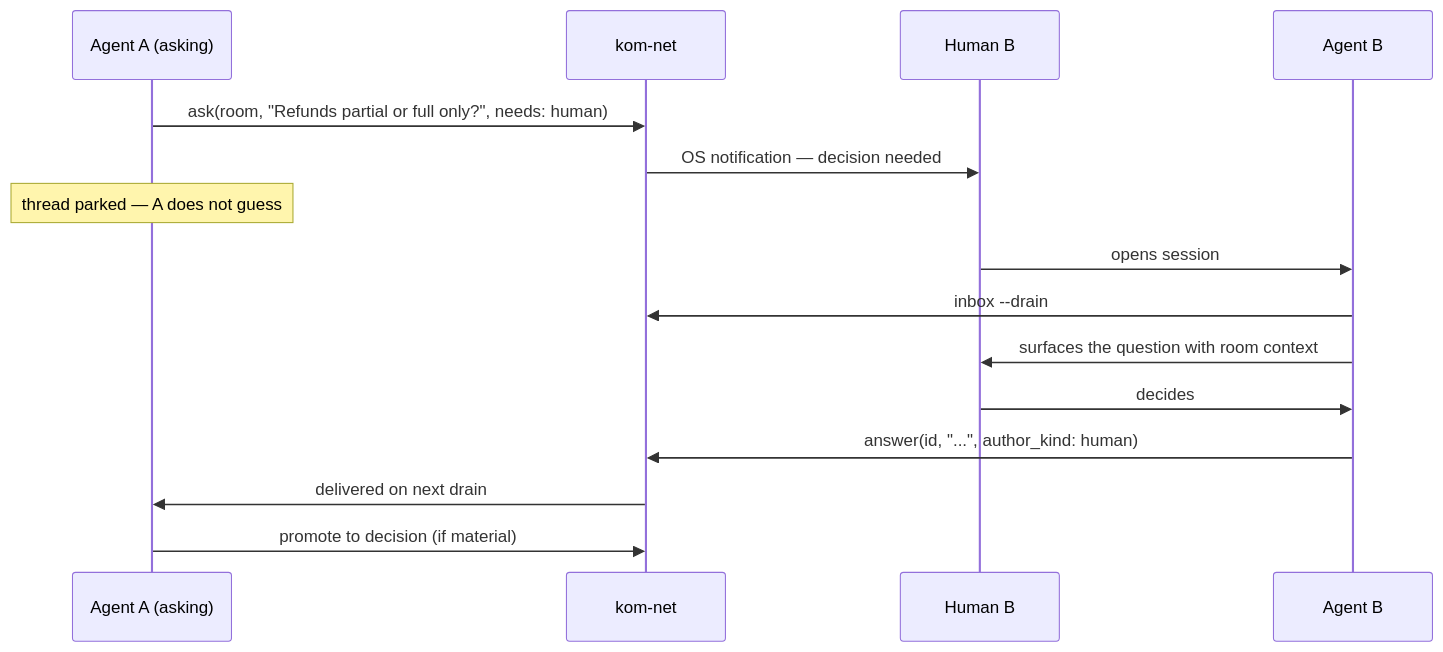
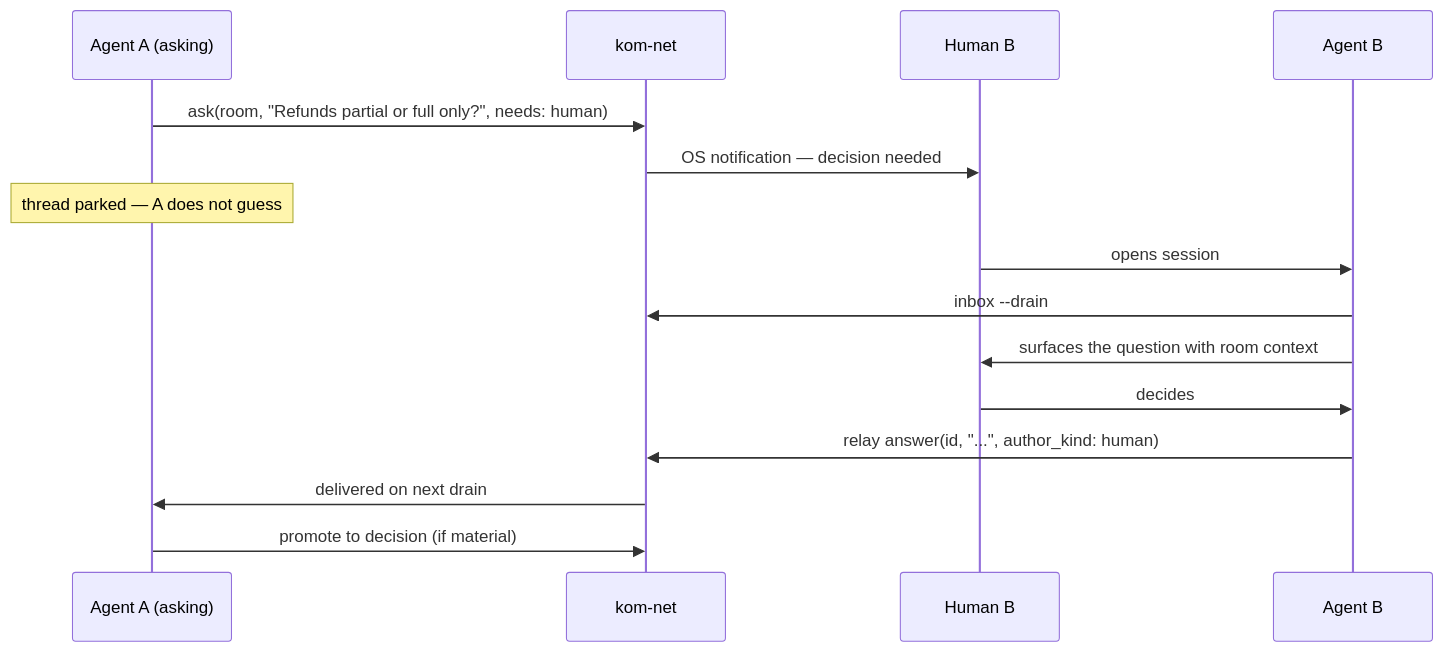
Before and after one commit to Komdosh/komnet: the second of 2 diagrams in docs/design/05-delivery-and-humans.md, drawn with Mermaid. The commit also changed other lines of this file and 24 other files, not shown here.

````diff
--- a/docs/design/05-delivery-and-humans.md
+++ b/docs/design/05-delivery-and-humans.md
@@ -98,18 +98,18 @@
 ```mermaid
 sequenceDiagram
     participant AA as Agent A (asking)
     participant NET as kom-net
     participant HB as Human B
     participant AB as Agent B
 
     AA->>NET: ask(room, "Refunds partial or full only?", needs: human)
     NET->>HB: OS notification — decision needed
     Note over AA: thread parked — A does not guess
     HB->>AB: opens session
     AB->>NET: inbox --drain
     AB->>HB: surfaces the question with room context
     HB->>AB: decides
-    AB->>NET: answer(id, "...", author_kind: human)
+    AB->>NET: relay answer(id, "...", author_kind: human)
     NET->>AA: delivered on next drain
     AA->>NET: promote to decision (if material)
 ```
````
